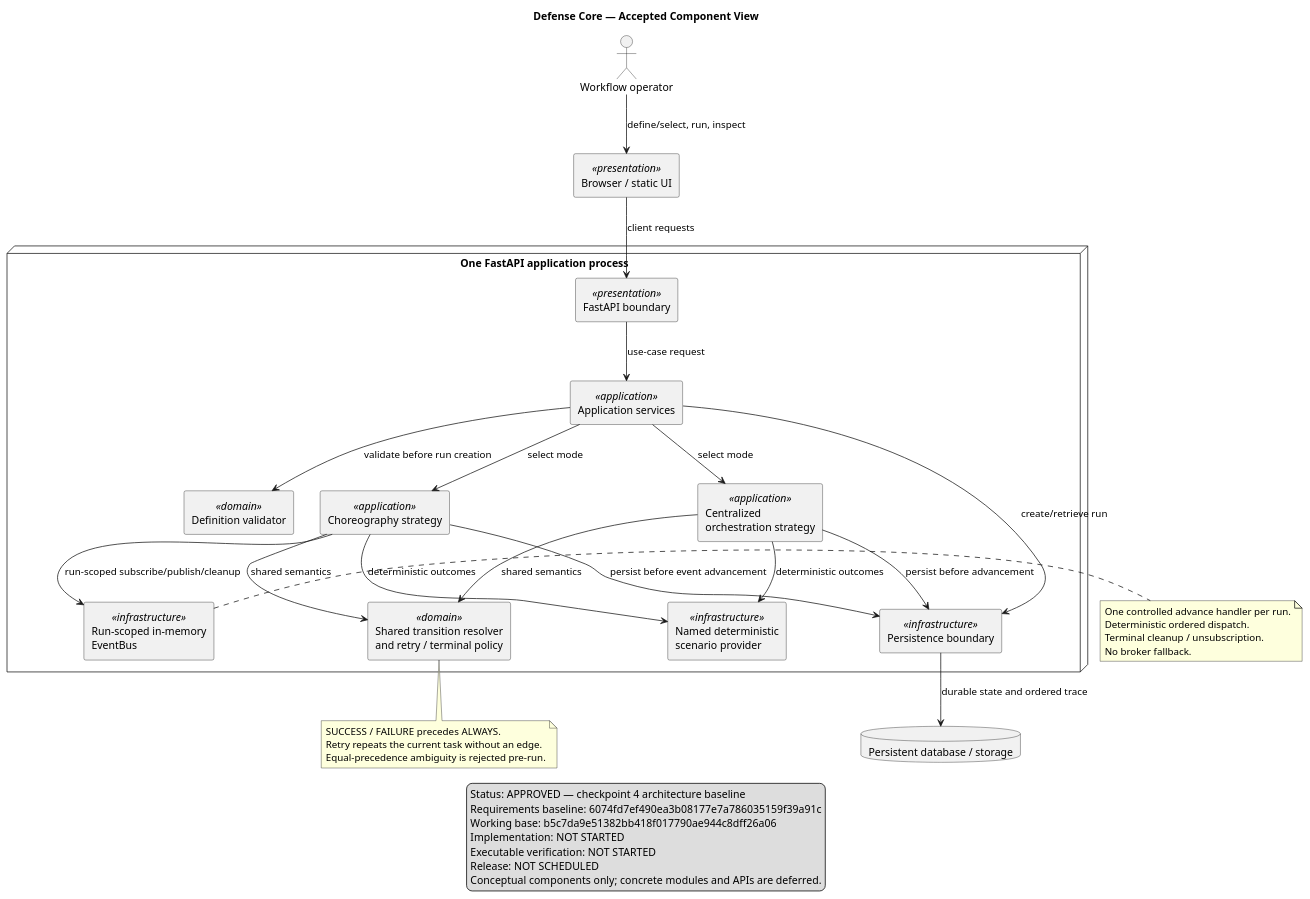
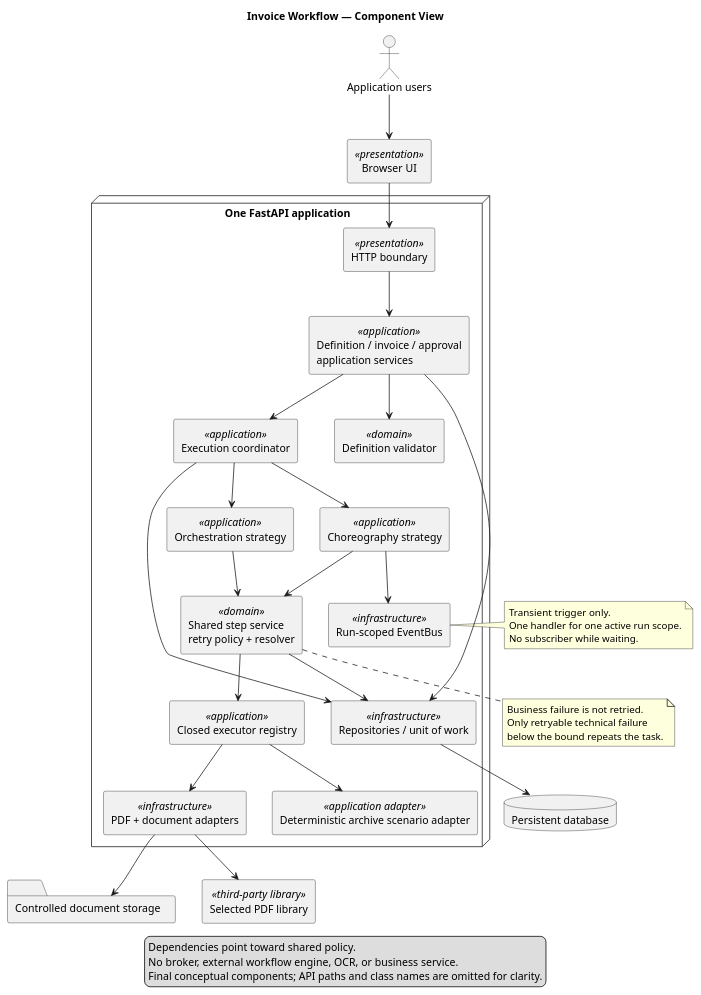
Before and after one commit to MAES1102/WMS: the diagram in docs/architecture/uml/component-view.puml, drawn with PlantUML. The commit also changed 147 other files, not shown here.

Commit message:
feat: finalize invoice approval reference product

```diff
--- a/docs/architecture/uml/component-view.puml
+++ b/docs/architecture/uml/component-view.puml
@@ -1,61 +1,65 @@
 @startuml
-title Defense Core — Accepted Component View
+title Invoice Workflow — Component View
 skinparam componentStyle rectangle
 skinparam shadowing false
 
-actor "Workflow operator" as Operator
-component "Browser / static UI" as Browser <<presentation>>
+actor "Application users" as Users
+component "Browser UI" as Browser <<presentation>>
 
-node "One FastAPI application process" as App {
-  component "FastAPI boundary" as Boundary <<presentation>>
-  component "Application services" as Services <<application>>
+node "One FastAPI application" {
+  component "HTTP boundary" as HTTP <<presentation>>
+  component "Definition / invoice / approval\napplication services" as Services <<application>>
+  component "Execution coordinator" as Coordinator <<application>>
+  component "Orchestration strategy" as Orchestration <<application>>
+  component "Choreography strategy" as Choreography <<application>>
   component "Definition validator" as Validator <<domain>>
-  component "Shared transition resolver\nand retry / terminal policy" as Resolver <<domain>>
-  component "Centralized\norchestration strategy" as Orchestration <<application>>
-  component "Choreography strategy" as Choreography <<application>>
-  component "Run-scoped in-memory\nEventBus" as EventBus <<infrastructure>>
-  component "Named deterministic\nscenario provider" as Scenario <<infrastructure>>
-  component "Persistence boundary" as Persistence <<infrastructure>>
+  component "Shared step service\nretry policy + resolver" as Step <<domain>>
+  component "Closed executor registry" as Executors <<application>>
+  component "Run-scoped EventBus" as EventBus <<infrastructure>>
+  component "Repositories / unit of work" as Repositories <<infrastructure>>
+  component "PDF + document adapters" as Documents <<infrastructure>>
+  component "Deterministic archive scenario adapter" as Faults <<application adapter>>
 }
 
-database "Persistent database / storage" as Database
+database "Persistent database" as Database
+folder "Controlled document storage" as Storage
+component "Selected PDF library" as PdfLib <<third-party library>>
 
-Operator --> Browser : define/select, run, inspect
-Browser --> Boundary : client requests
-Boundary --> Services : use-case request
-Services --> Validator : validate before run creation
-Services --> Orchestration : select mode
-Services --> Choreography : select mode
-Orchestration --> Resolver : shared semantics
-Choreography --> Resolver : shared semantics
-Choreography --> EventBus : run-scoped subscribe/publish/cleanup
-Orchestration --> Scenario : deterministic outcomes
-Choreography --> Scenario : deterministic outcomes
-Services --> Persistence : create/retrieve run
-Orchestration --> Persistence : persist before advancement
-Choreography --> Persistence : persist before event advancement
-Persistence --> Database : durable state and ordered trace
+Users --> Browser
+Browser --> HTTP
+HTTP --> Services
+Services --> Validator
+Services --> Coordinator
+Coordinator --> Orchestration
+Coordinator --> Choreography
+Orchestration --> Step
+Choreography --> Step
+Choreography --> EventBus
+Step --> Executors
+Executors --> Documents
+Executors --> Faults
+Services --> Repositories
+Coordinator --> Repositories
+Step --> Repositories
+Repositories --> Database
+Documents --> Storage
+Documents --> PdfLib
 
 note right of EventBus
-One controlled advance handler per run.
-Deterministic ordered dispatch.
-Terminal cleanup / unsubscription.
-No broker fallback.
+Transient trigger only.
+One handler for one active run scope.
+No subscriber while waiting.
 end note
 
-note bottom of Resolver
-SUCCESS / FAILURE precedes ALWAYS.
-Retry repeats the current task without an edge.
-Equal-precedence ambiguity is rejected pre-run.
+note bottom of Step
+Business failure is not retried.
+Only retryable technical failure
+below the bound repeats the task.
 end note
 
 legend
-Status: APPROVED — checkpoint 4 architecture baseline
-Requirements baseline: 6074fd7ef490ea3b08177e7a786035159f39a91c
-Working base: b5c7da9e51382bb418f017790ae944c8dff26a06
-Implementation: NOT STARTED
-Executable verification: NOT STARTED
-Release: NOT SCHEDULED
-Conceptual components only; concrete modules and APIs are deferred.
+Dependencies point toward shared policy.
+No broker, external workflow engine, OCR, or business service.
+Final conceptual components; API paths and class names are omitted for clarity.
 endlegend
 @enduml
```
